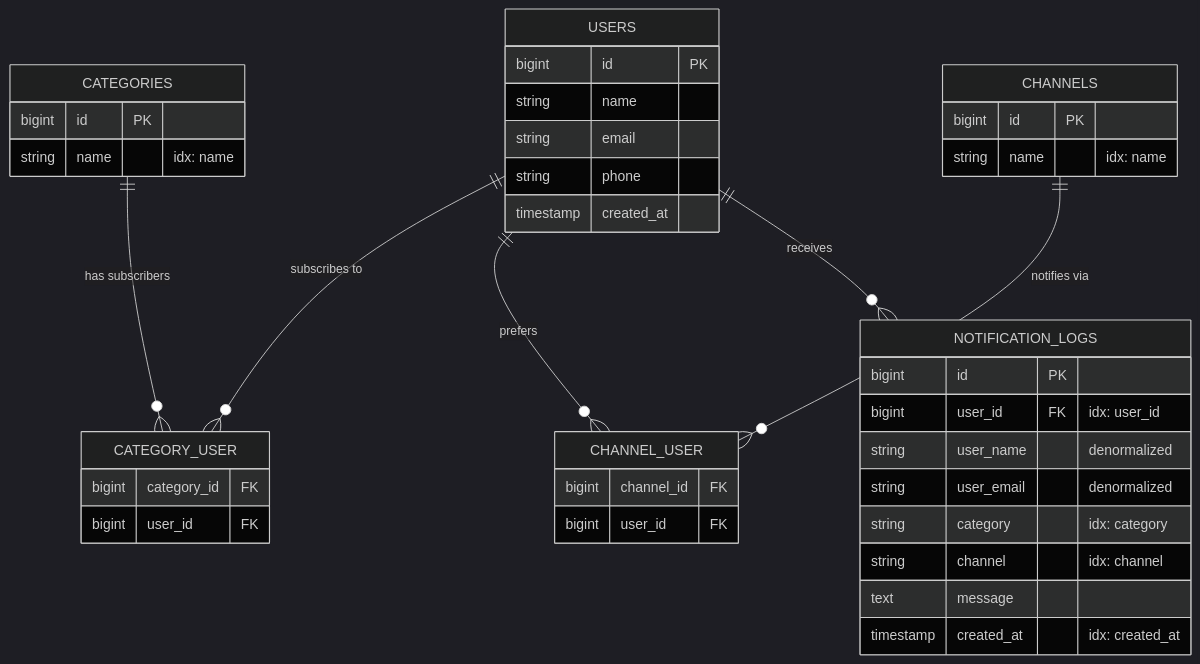
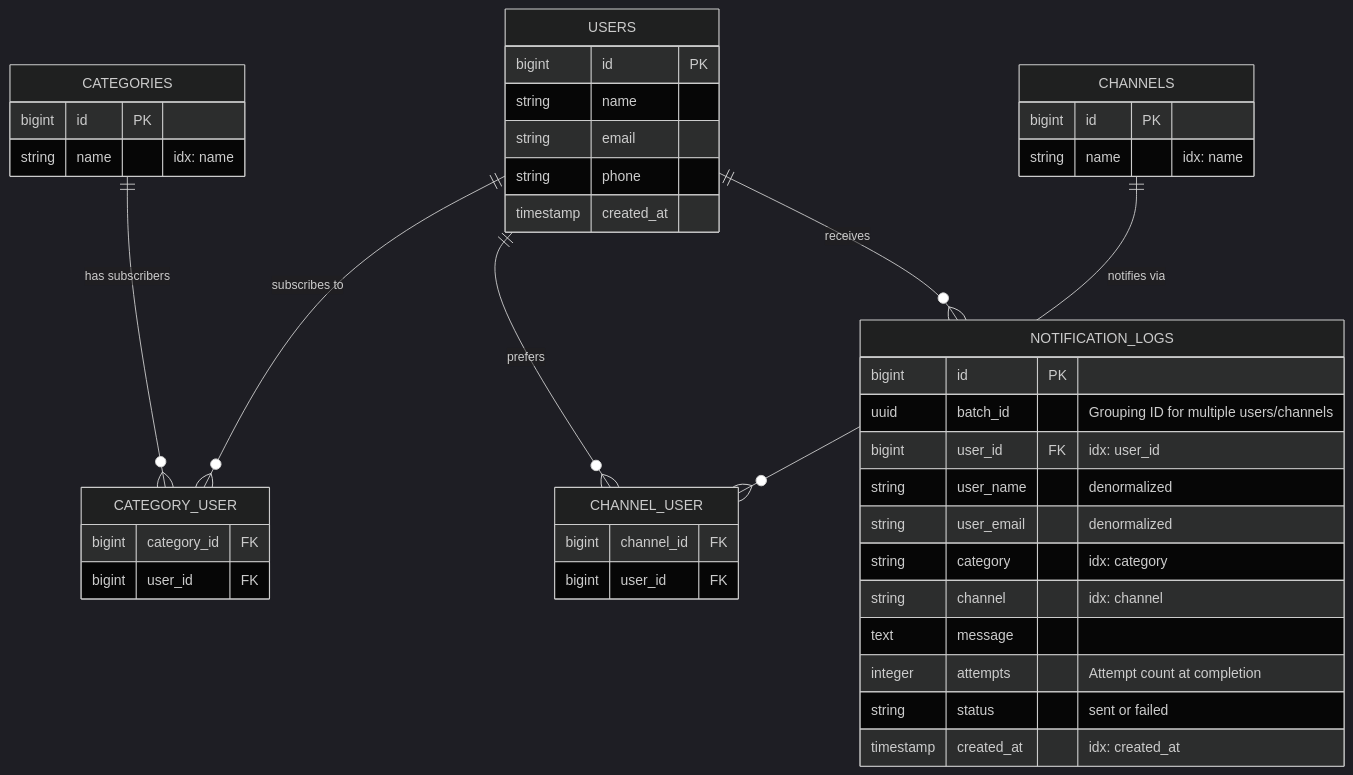
The second of 2 diagrams in docs/architecture.md (escoffie/escoffienews), drawn with Mermaid (dark theme) before and after one commit. The commit also changed other lines of this file and 6 other files, not shown here.

Commit message:
Implement enhanced history UI with traceability, batch grouping, and failure logging

````diff
--- a/docs/architecture.md
+++ b/docs/architecture.md
@@ -50,49 +54,52 @@
 ```mermaid
 erDiagram
     USERS ||--o{ CATEGORY_USER : "subscribes to"
     CATEGORIES ||--o{ CATEGORY_USER : "has subscribers"
 
     USERS ||--o{ CHANNEL_USER : "prefers"
     CHANNELS ||--o{ CHANNEL_USER : "notifies via"
 
     USERS ||--o{ NOTIFICATION_LOGS : "receives"
 
     USERS {
         bigint id PK
         string name
         string email
         string phone
         timestamp created_at
     }
 
     CATEGORIES {
         bigint id PK
         string name "idx: name"
     }
 
     CHANNELS {
         bigint id PK
         string name "idx: name"
     }
 
     CATEGORY_USER {
         bigint category_id FK
         bigint user_id FK
     }
 
     CHANNEL_USER {
         bigint channel_id FK
         bigint user_id FK
     }
 
     NOTIFICATION_LOGS {
         bigint id PK
+        uuid batch_id "Grouping ID for multiple users/channels"
         bigint user_id FK "idx: user_id"
         string user_name "denormalized"
         string user_email "denormalized"
         string category "idx: category"
         string channel "idx: channel"
         text message
+        integer attempts "Attempt count at completion"
+        string status "sent or failed"
         timestamp created_at "idx: created_at"
     }
 ```
````
